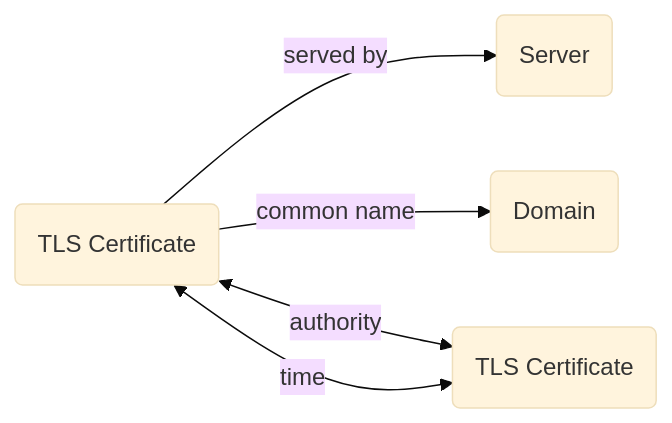
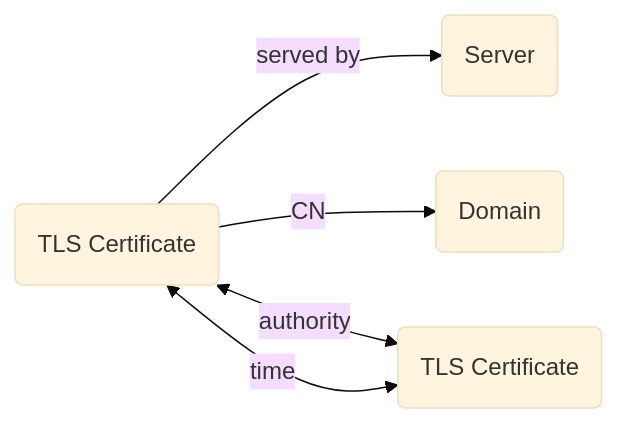
Before and after one commit to korniko98/pivot-atlas: the diagram in docs/artifacts/tls-certificate.md, drawn with Mermaid (base theme). The commit also changed other lines of this file and 12 other files, not shown here.

````diff
--- a/docs/artifacts/tls-certificate.md
+++ b/docs/artifacts/tls-certificate.md
@@ -26,10 +26,10 @@
 	```mermaid
 	flowchart LR
 		TLS_CERT("TLS Certificate") -- served by --> SERVER("Server")
-		TLS_CERT -- common name --> DOMAIN("Domain")
+		TLS_CERT -- CN --> DOMAIN("Domain")
 		TLS_CERT <-- authority--> TLS_CERT_("TLS Certificate")
 		TLS_CERT <-- time--> TLS_CERT_("TLS Certificate")
 		click SERVER "#servers"
 		click DOMAIN "#domains"
 		click TLS_CERT_ "#tls-certificates"
 	```
````
